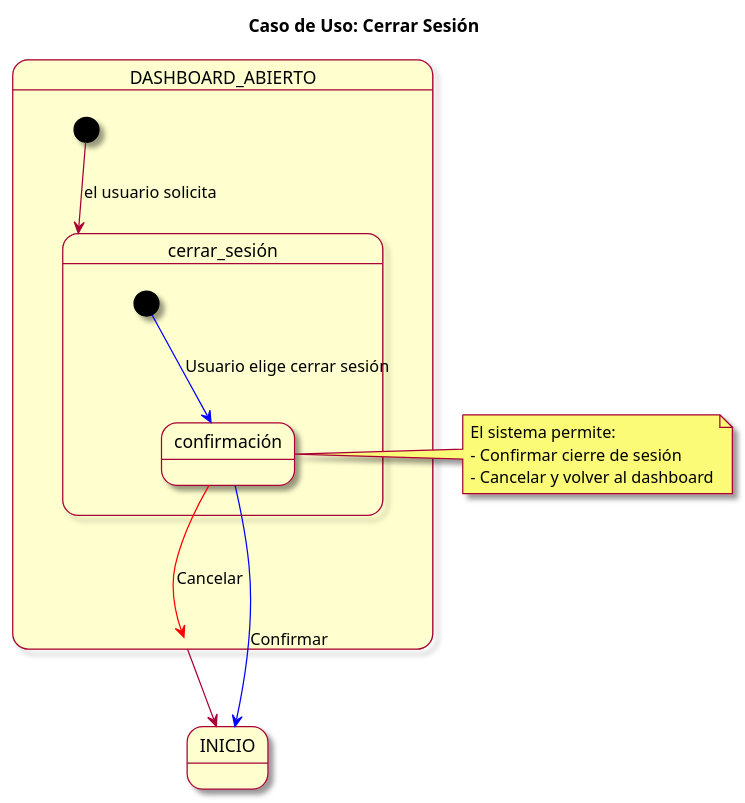
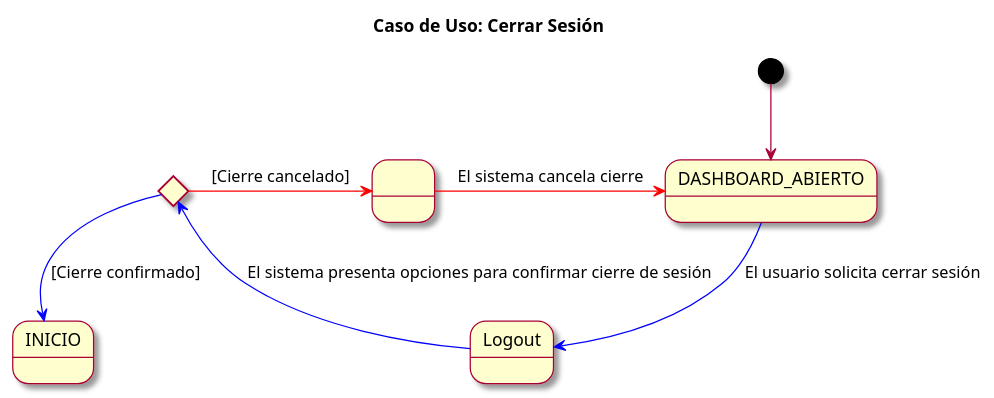
Before and after one commit to mmasias/23-24-IdSw1-SDR: the diagram in modelosUML/casosDeUso/detalles/logout.puml, drawn with PlantUML.

```diff
--- a/modelosUML/casosDeUso/detalles/logout.puml
+++ b/modelosUML/casosDeUso/detalles/logout.puml
@@ -1,26 +1,20 @@
 @startuml
-
 skin rose
 title Caso de Uso: Cerrar Sesión
 
-state DASHBOARD_ABIERTO as "DASHBOARD_ABIERTO" {
-  [*] --> cerrar_sesión : el usuario solicita
-}
+state DASHBOARD_ABIERTO as "DASHBOARD_ABIERTO"
+state INICIO as "INICIO"
+state ConfirmarCierre <<choice>>
+state CancelarCierre as " "
 
-state INICIO as "INICIO"
+[*] --> DASHBOARD_ABIERTO
 
-DASHBOARD_ABIERTO --> INICIO
+DASHBOARD_ABIERTO -d[#blue]-> Logout : El usuario solicita cerrar sesión
+Logout -d[#blue]-> ConfirmarCierre : El sistema presenta opciones para confirmar cierre de sesión
+ConfirmarCierre -d[#blue]-> INICIO : [Cierre confirmado]
+ConfirmarCierre -r[#red]-> CancelarCierre : [Cierre cancelado]
+CancelarCierre -r[#red]-> DASHBOARD_ABIERTO : El sistema cancela cierre
 
-state cerrar_sesión {
-  [*] -[#blue]-> confirmación : Usuario elige cerrar sesión
-  confirmación -[#blue]-> INICIO : Confirmar
-  confirmación -[#red]-> DASHBOARD_ABIERTO : Cancelar
-}
 
-note right of confirmación
-  El sistema permite:
-  - Confirmar cierre de sesión
-  - Cancelar y volver al dashboard
-end note
 
 @enduml
```
